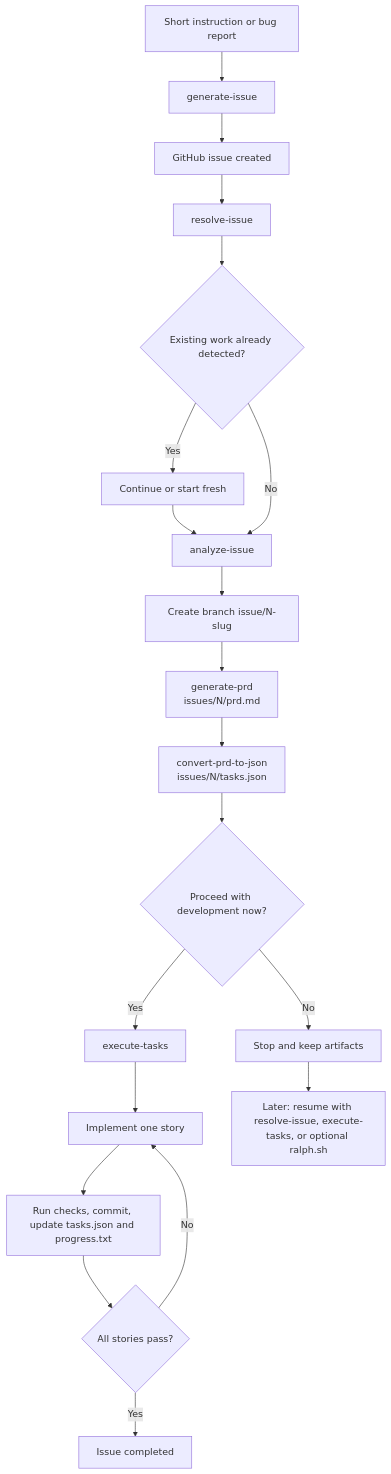
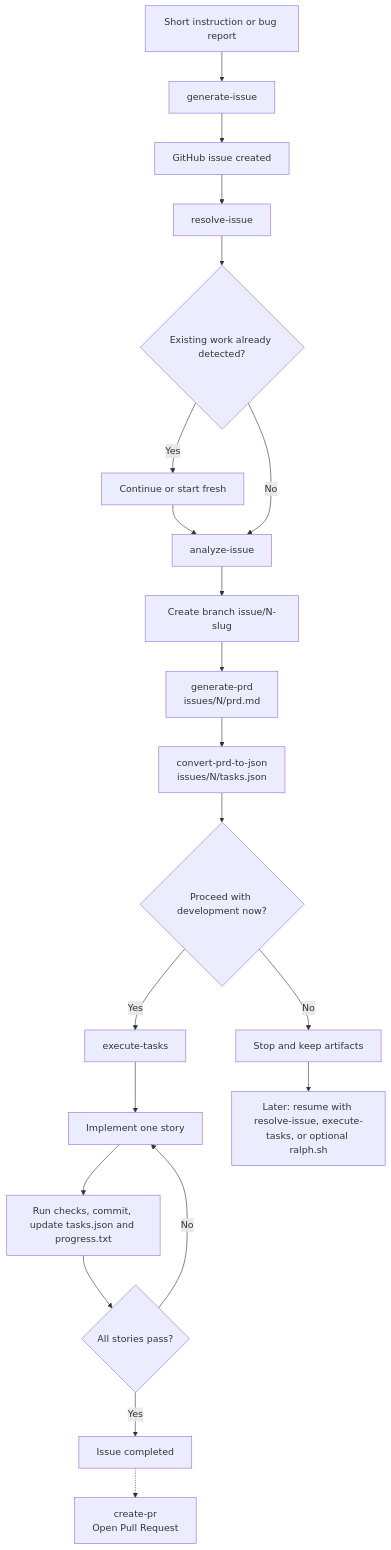
Before and after one commit to fabioassuncao/issue-flow: the diagram in README.md, drawn with Mermaid. The commit also changed other lines of this file, not shown here.

Commit message:
feat: [US-003] - Update main README.md — skills table, diagram, and walkthrough

````diff
--- a/README.md
+++ b/README.md
@@ -18,22 +19,23 @@
 ```mermaid
 flowchart TD
     A[Short instruction or bug report] --> B[generate-issue]
     B --> C[GitHub issue created]
     C --> D[resolve-issue]
     D --> E{Existing work already detected?}
     E -- Yes --> E1[Continue or start fresh]
     E1 --> F[analyze-issue]
     E -- No --> F[analyze-issue]
     F --> G[Create branch issue/N-slug]
     G --> H[generate-prd<br/>issues/N/prd.md]
     H --> I[convert-prd-to-json<br/>issues/N/tasks.json]
     I --> J{Proceed with development now?}
     J -- Yes --> K[execute-tasks]
     K --> L[Implement one story]
     L --> M[Run checks, commit, update tasks.json and progress.txt]
     M --> N{All stories pass?}
     N -- No --> L
     N -- Yes --> O[Issue completed]
+    O -.-> R[create-pr<br/>Open Pull Request]
     J -- No --> P[Stop and keep artifacts]
     P --> Q[Later: resume with resolve-issue, execute-tasks, or optional ralph.sh]
 ```
````
